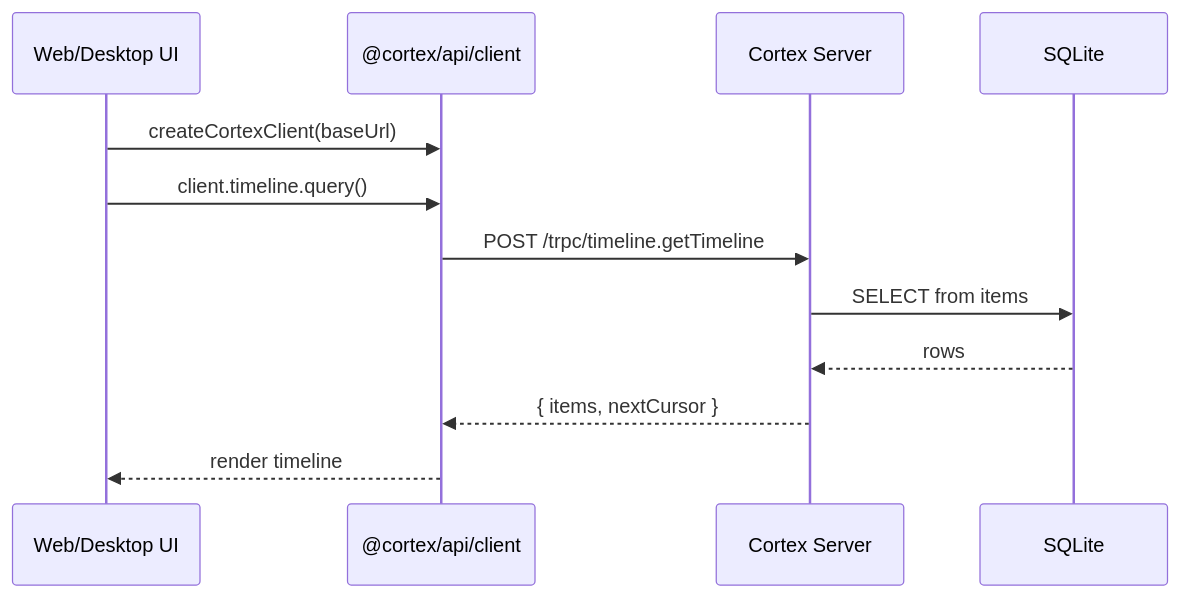
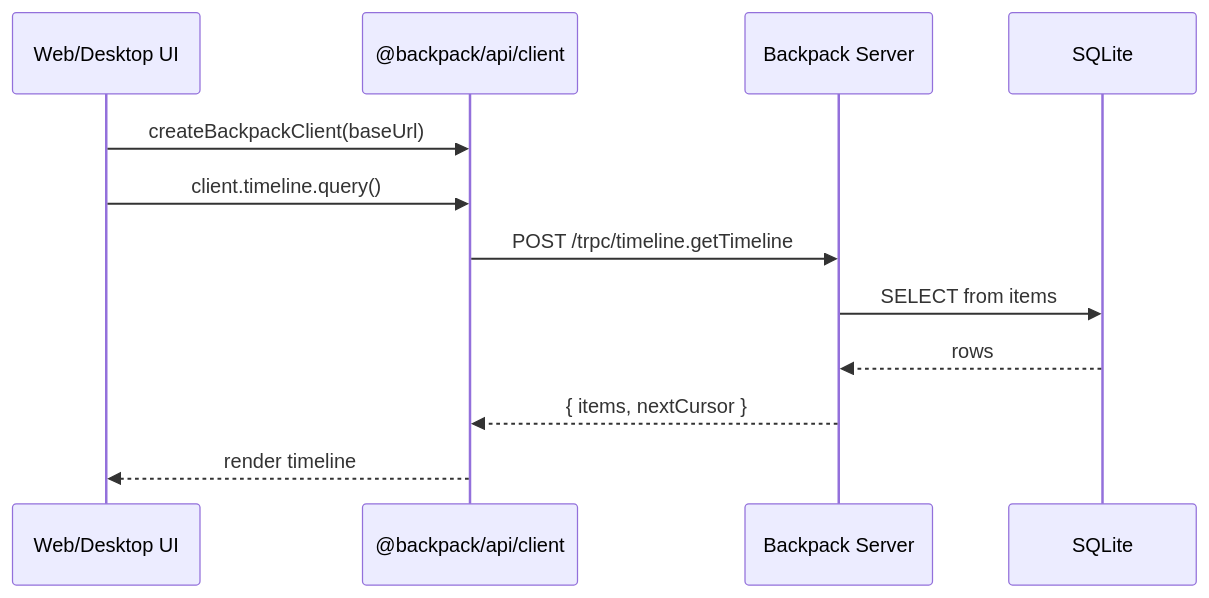
One commit to dylsteck/backpack changed the second of 3 diagrams in .planning/WEB-DESKTOP-APPS.md. Above: the diagram before and after it, drawn with Mermaid. The commit also changed other lines of this file and 102 other files, not shown here.

Commit message:
rename cortex to backpack

````diff
--- a/.planning/WEB-DESKTOP-APPS.md
+++ b/.planning/WEB-DESKTOP-APPS.md
@@ -167,15 +167,15 @@
 ```mermaid
 sequenceDiagram
     participant UI as Web/Desktop UI
-    participant Client as @cortex/api/client
-    participant Server as Cortex Server
+    participant Client as @backpack/api/client
+    participant Server as Backpack Server
     participant DB as SQLite
 
-    UI->>Client: createCortexClient(baseUrl)
+    UI->>Client: createBackpackClient(baseUrl)
     UI->>Client: client.timeline.query()
     Client->>Server: POST /trpc/timeline.getTimeline
     Server->>DB: SELECT from items
     DB-->>Server: rows
     Server-->>Client: { items, nextCursor }
     Client-->>UI: render timeline
 ```
````
